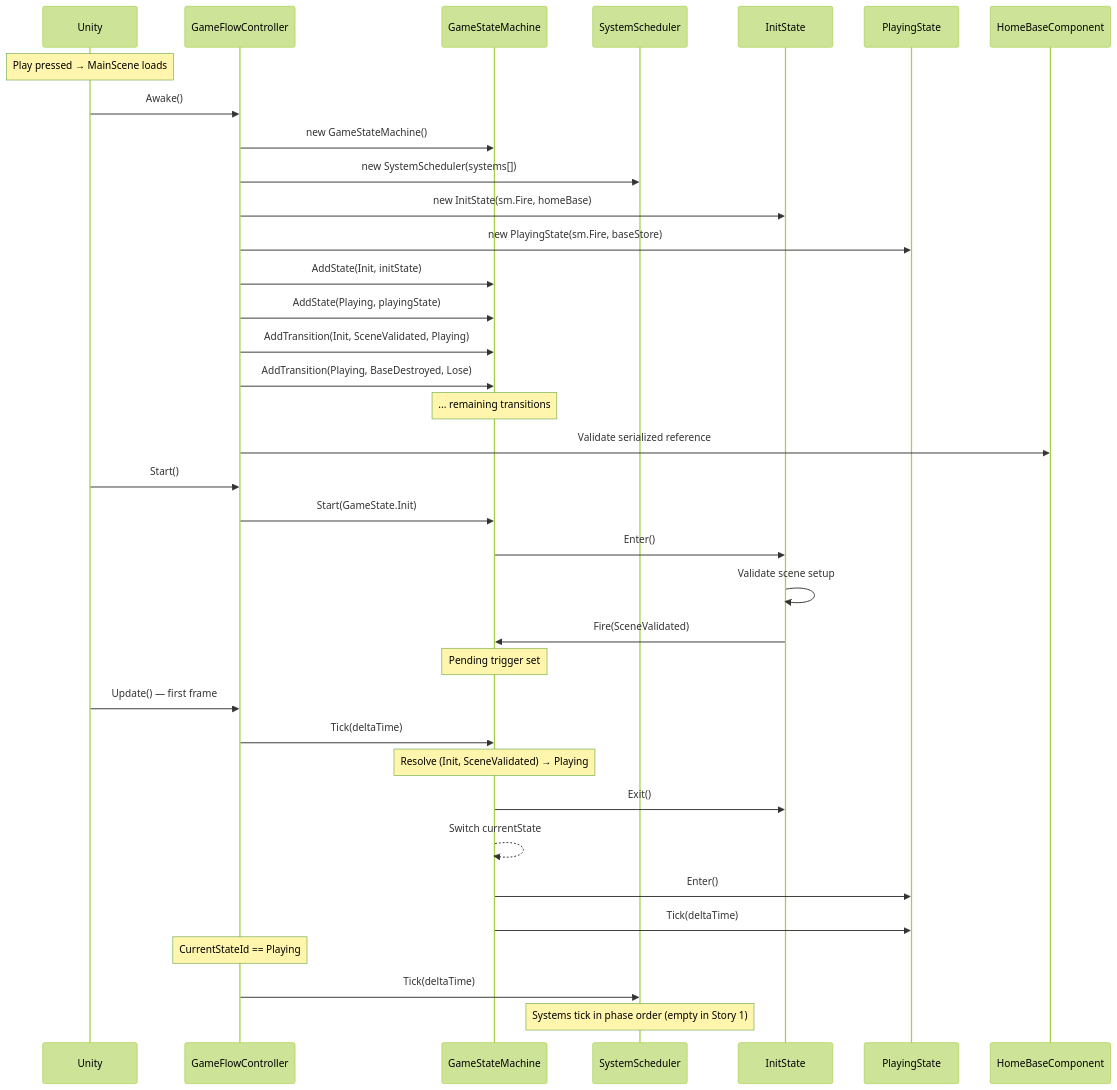
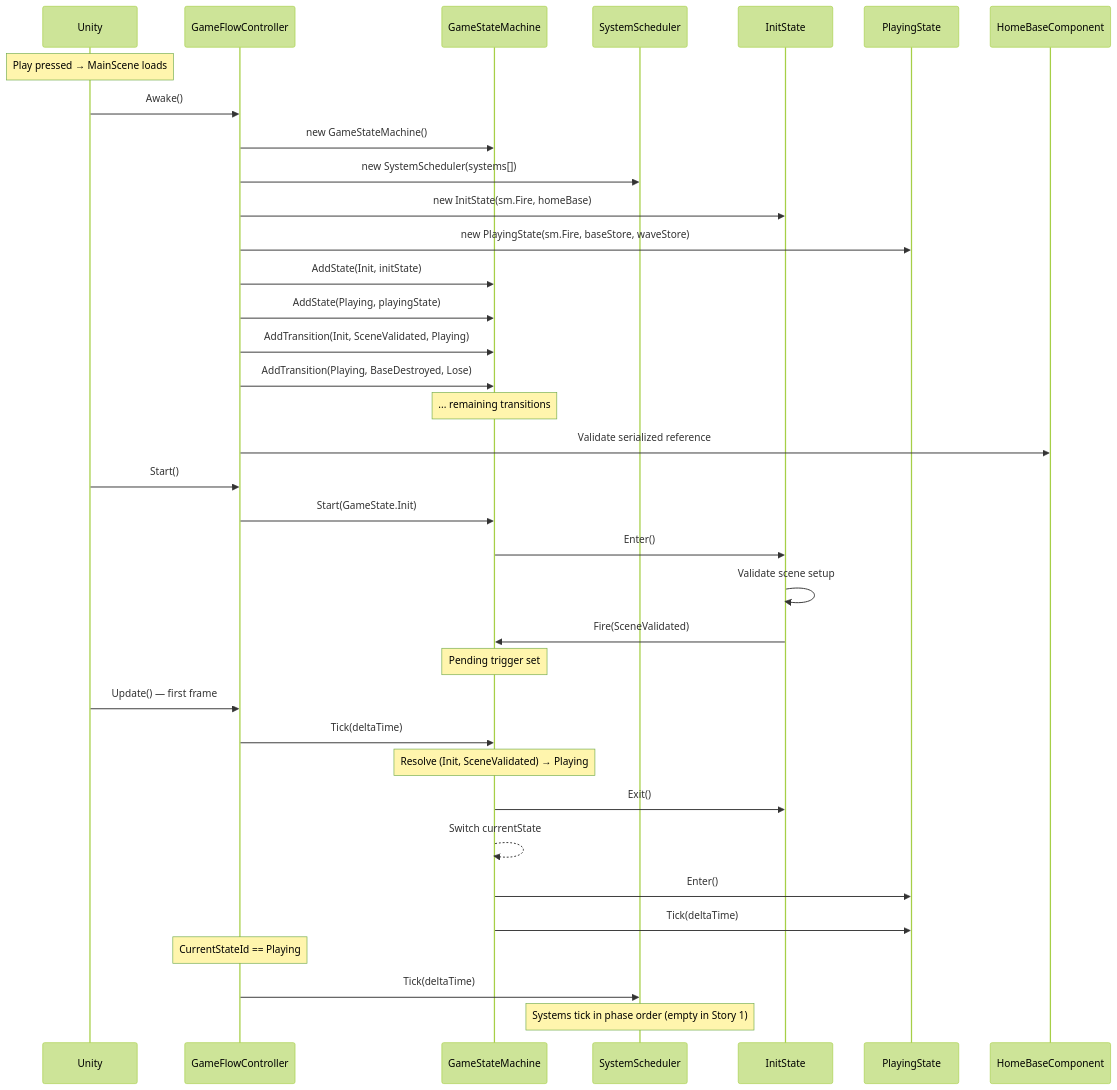
Before and after one commit to Number10Ox/MorlocsTowerDefense: the third of 20 diagrams in Docs/Architecture-Diagrams.md, drawn with Mermaid (forest theme). The commit also changed other lines of this file and 39 other files, not shown here.

````diff
--- a/Docs/Architecture-Diagrams.md
+++ b/Docs/Architecture-Diagrams.md
@@ -152,44 +152,44 @@
 ```mermaid
 sequenceDiagram
     participant Unity
     participant Bootstrap as GameFlowController
     participant SM as GameStateMachine
     participant Sched as SystemScheduler
     participant Init as InitState
     participant Playing as PlayingState
     participant Base as HomeBaseComponent
 
     Note over Unity: Play pressed → MainScene loads
 
     Unity->>Bootstrap: Awake()
     Bootstrap->>SM: new GameStateMachine()
     Bootstrap->>Sched: new SystemScheduler(systems[])
     Bootstrap->>Init: new InitState(sm.Fire, homeBase)
-    Bootstrap->>Playing: new PlayingState(sm.Fire, baseStore)
+    Bootstrap->>Playing: new PlayingState(sm.Fire, baseStore, waveStore)
     Bootstrap->>SM: AddState(Init, initState)
     Bootstrap->>SM: AddState(Playing, playingState)
     Bootstrap->>SM: AddTransition(Init, SceneValidated, Playing)
     Bootstrap->>SM: AddTransition(Playing, BaseDestroyed, Lose)
     Note over SM: ... remaining transitions
     Bootstrap->>Base: Validate serialized reference
 
     Unity->>Bootstrap: Start()
     Bootstrap->>SM: Start(GameState.Init)
     SM->>Init: Enter()
     Init->>Init: Validate scene setup
     Init->>SM: Fire(SceneValidated)
 
     Note over SM: Pending trigger set
 
     Unity->>Bootstrap: Update() — first frame
     Bootstrap->>SM: Tick(deltaTime)
     Note over SM: Resolve (Init, SceneValidated) → Playing
     SM->>Init: Exit()
     SM-->>SM: Switch currentState
     SM->>Playing: Enter()
     SM->>Playing: Tick(deltaTime)
 
     Note over Bootstrap: CurrentStateId == Playing
     Bootstrap->>Sched: Tick(deltaTime)
     Note over Sched: Systems tick in phase order (empty in Story 1)
 ```
````
